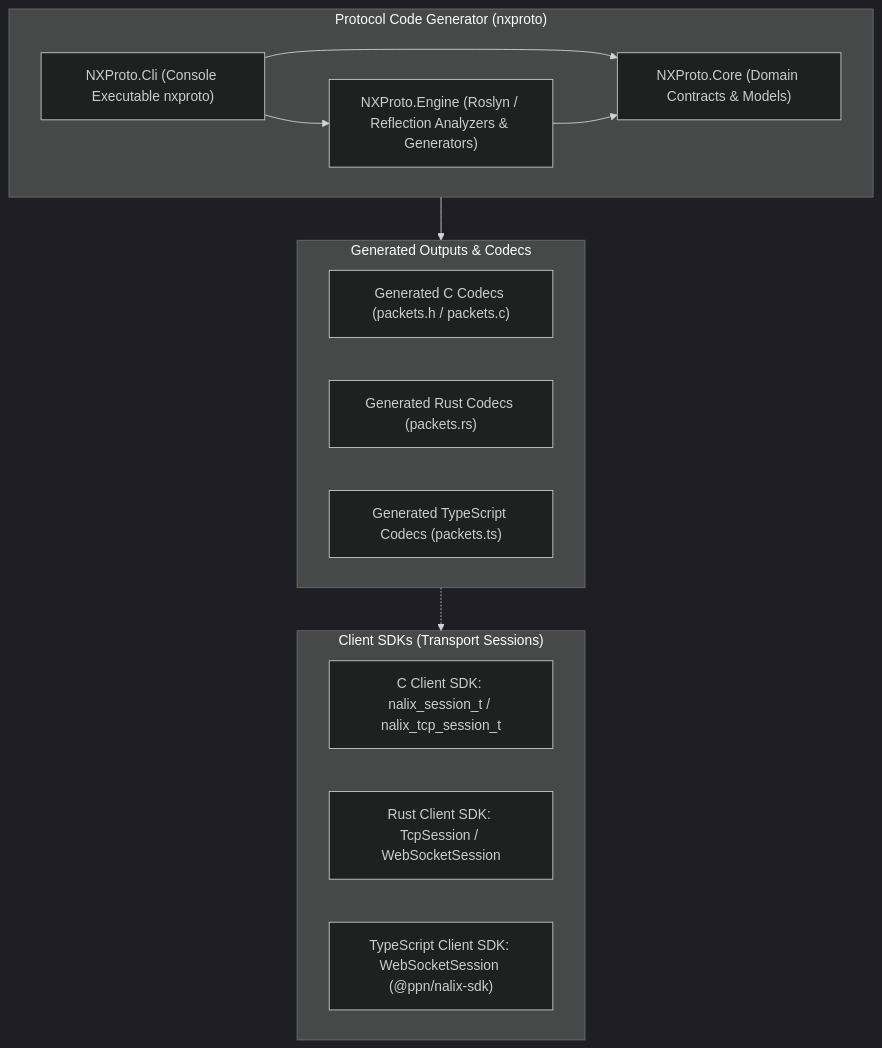
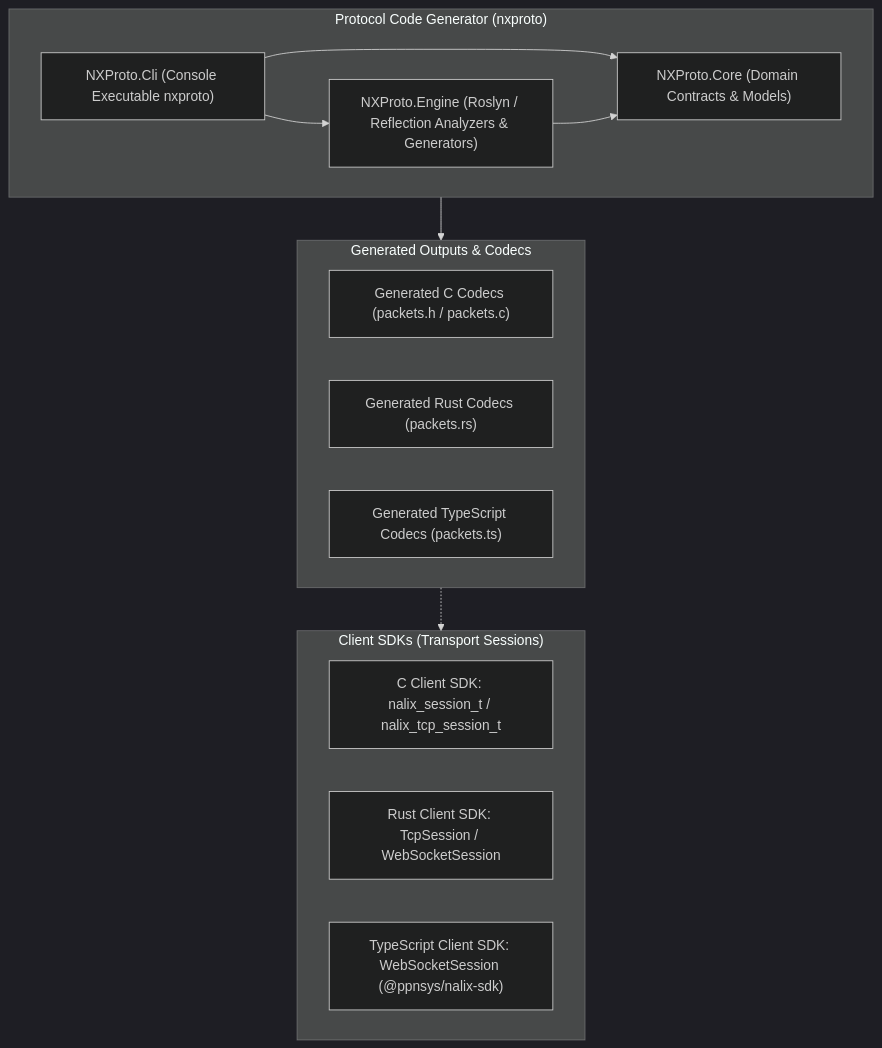
Before and after one commit to ppn-systems/nalix-native: the first of 3 diagrams in docs/ARCHITECTURE.md, drawn with Mermaid (dark theme). The commit also changed 7 other files, not shown here.

Commit message:
chore: align npm scope to @ppnsys/nalix-sdk and add release-client-ts workflow

````diff
--- a/docs/ARCHITECTURE.md
+++ b/docs/ARCHITECTURE.md
@@ -11,26 +11,26 @@
 ```mermaid
 graph TD
     subgraph Clients ["Client SDKs (Transport Sessions)"]
         ClientC["C Client SDK: nalix_session_t / nalix_tcp_session_t"]
         ClientRust["Rust Client SDK: TcpSession / WebSocketSession"]
-        ClientTS["TypeScript Client SDK: WebSocketSession (@ppn/nalix-sdk)"]
+        ClientTS["TypeScript Client SDK: WebSocketSession (@ppnsys/nalix-sdk)"]
     end
 
     subgraph Tooling ["Protocol Code Generator (nxproto)"]
         CLI["NXProto.Cli (Console Executable nxproto)"]
         Core["NXProto.Core (Domain Contracts & Models)"]
         Engine["NXProto.Engine (Roslyn / Reflection Analyzers & Generators)"]
         CLI --> Core
         CLI --> Engine
         Engine --> Core
     end
 
     subgraph Outputs ["Generated Outputs & Codecs"]
         CCodecs["Generated C Codecs (packets.h / packets.c)"]
         RustCodecs["Generated Rust Codecs (packets.rs)"]
         TSCodecs["Generated TypeScript Codecs (packets.ts)"]
     end
 
     Tooling --> Outputs
     Outputs -.-> Clients
 ```
````
